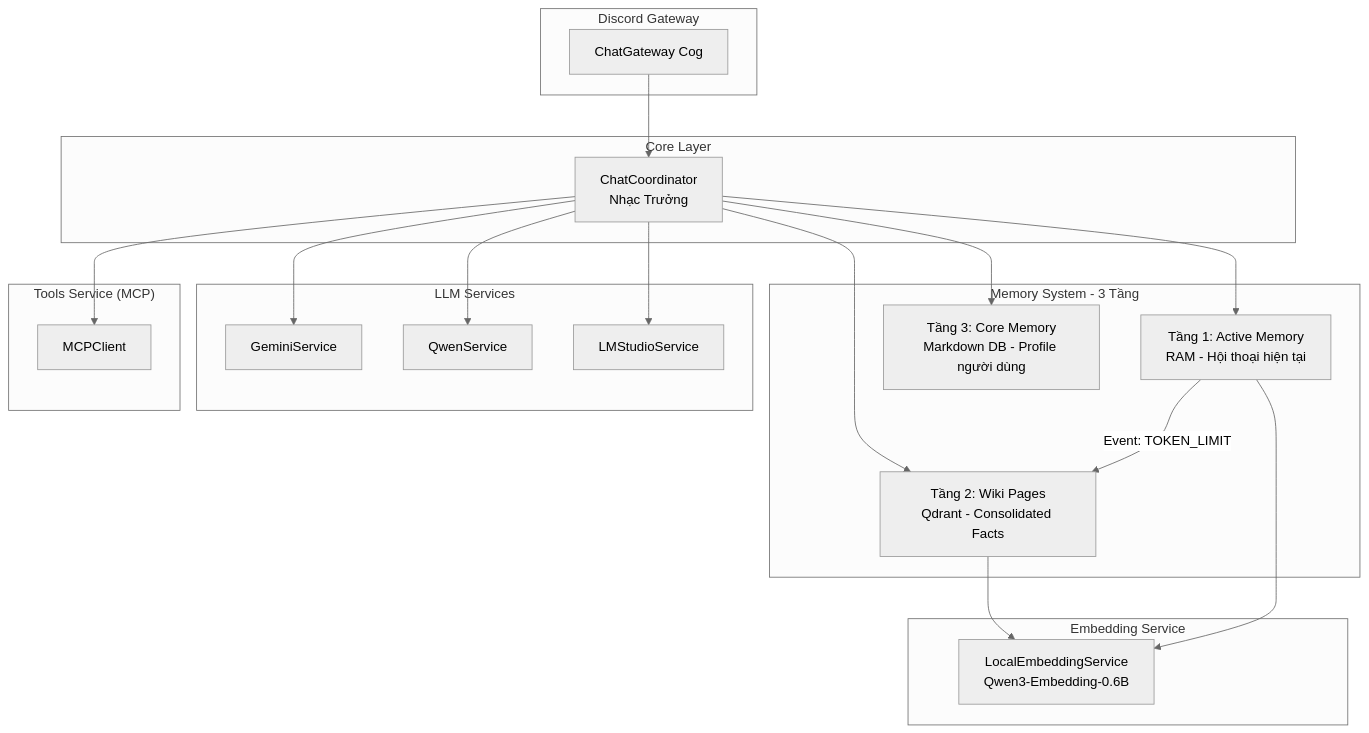
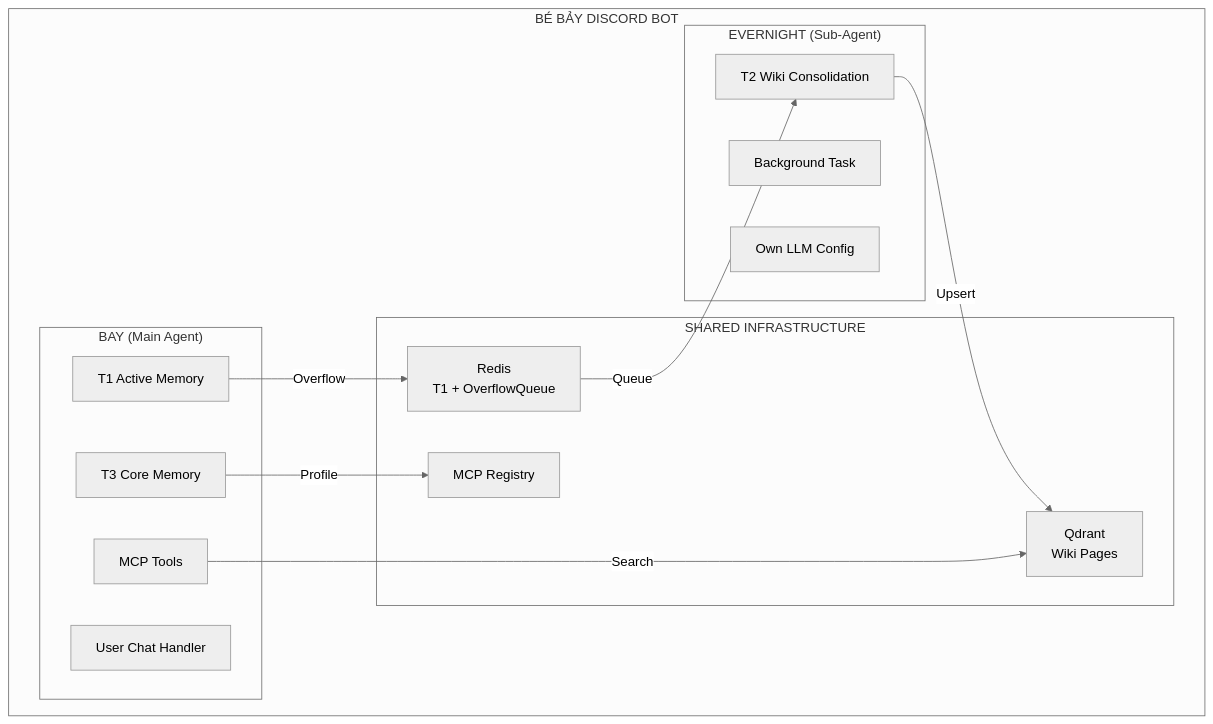
Before and after one commit to Flowerf19/Harness_agent: the first of 5 diagrams in README.MD, drawn with Mermaid (neutral theme). The commit also changed other lines of this file and 4 other files, not shown here.

````diff
--- a/README.MD
+++ b/README.MD
@@ -33,42 +22,29 @@
 ```mermaid
 flowchart TB
-    subgraph Discord["Discord Gateway"]
-        CG[ChatGateway Cog]
+    subgraph Bot["BÉ BẢY DISCORD BOT"]
+        subgraph Bay["BAY (Main Agent)"]
+            B1["T1 Active Memory"]
+            B2["T3 Core Memory"]
+            B3["MCP Tools"]
+            B4["User Chat Handler"]
+        end
+
+        subgraph Evernight["EVERNIGHT (Sub-Agent)"]
+            E1["T2 Wiki Consolidation"]
+            E2["Background Task"]
+            E3["Own LLM Config"]
+        end
+
+        subgraph Shared["SHARED INFRASTRUCTURE"]
+            S1["Redis<br/>T1 + OverflowQueue"]
+            S2["Qdrant<br/>Wiki Pages"]
+            S3["MCP Registry"]
+        end
+
+        B1 -->|"Overflow"| S1
+        S1 -->|"Queue"| E1
+        E1 -->|"Upsert"| S2
+        B3 -->|"Search"| S2
+        B2 -->|"Profile"| S3
     end
-    
-    subgraph Core["Core Layer"]
-        CC[ChatCoordinator<br/>Nhạc Trưởng]
-    end
-    
-    subgraph Memory["Memory System - 3 Tầng"]
-        T1[Tầng 1: Active Memory<br/>RAM - Hội thoại hiện tại]
-        T2[Tầng 2: Wiki Pages<br/>Qdrant - Consolidated Facts]
-        T3[Tầng 3: Core Memory<br/>Markdown DB - Profile người dùng]
-    end
-    
-    subgraph LLM["LLM Services"]
-        GS[GeminiService]
-        QS[QwenService]
-        LM[LMStudioService]
-    end
-    
-    subgraph Tools["Tools Service (MCP)"]
-        MCP[MCPClient]
-    end
-    
-    subgraph Embedding["Embedding Service"]
-        ES[LocalEmbeddingService<br/>Qwen3-Embedding-0.6B]
-    end
-    
-    CG --> CC
-    CC --> T1
-    CC --> T2
-    CC --> LM
-    CC --> MCP
-    CC --> T3
-    T1 -->|Event: TOKEN_LIMIT| T2
-    CC --> GS
-    CC --> QS
-    T2 --> ES
-    T1 --> ES
 ```
````
